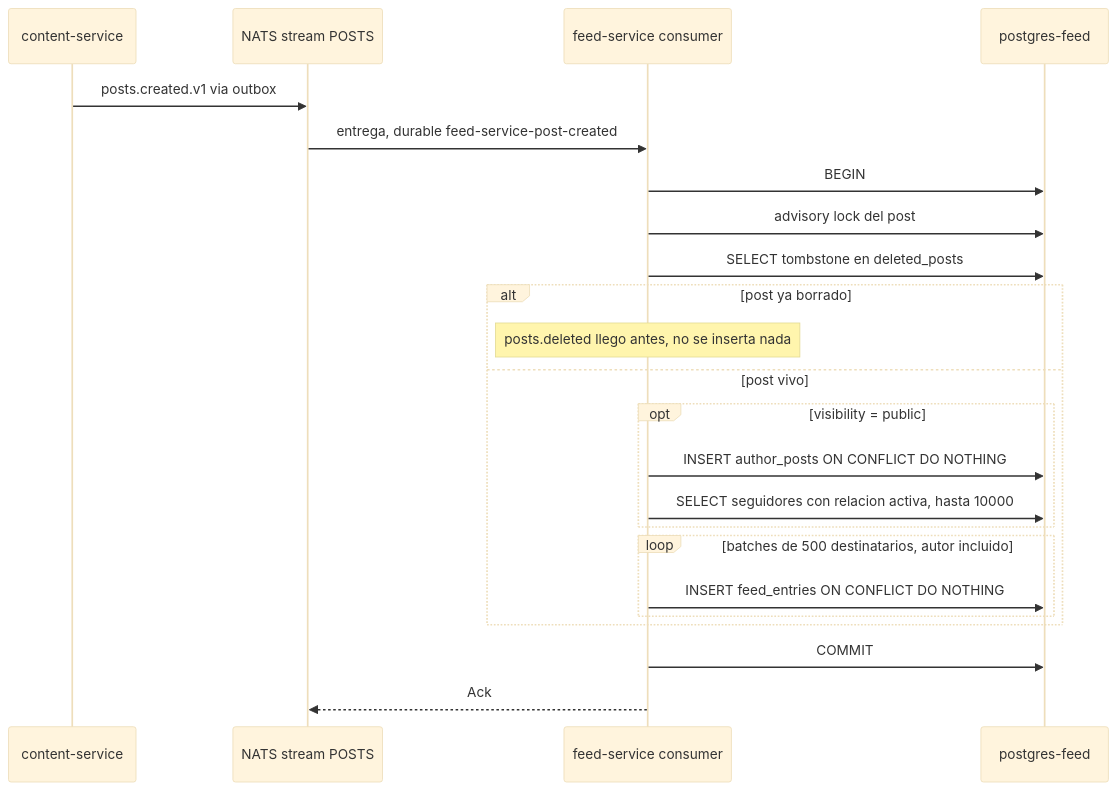
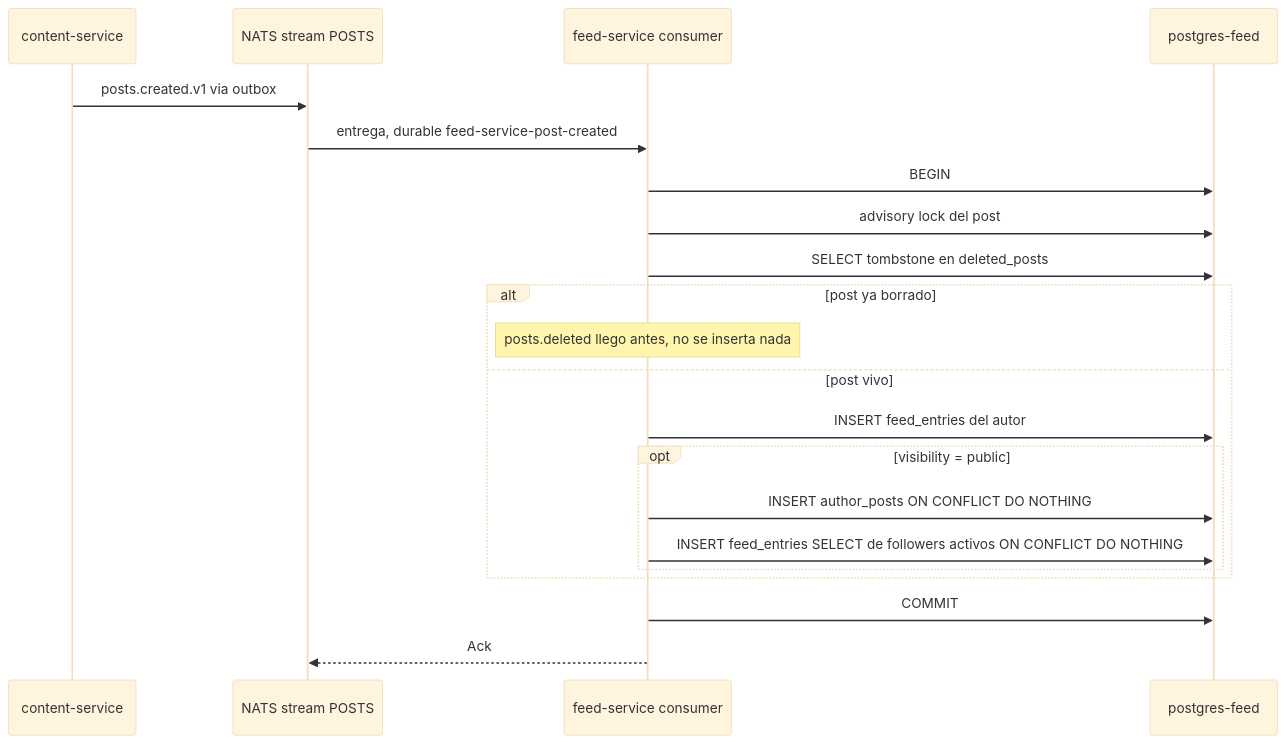
The second of 4 diagrams in docs/technical/FEED.md (juantevez/go-feed), drawn with Mermaid (base theme) before and after one commit. The commit also changed other lines of this file and 6 other files, not shown here.

````diff
--- a/docs/technical/FEED.md
+++ b/docs/technical/FEED.md
@@ -194,26 +194,24 @@
 ```mermaid
 sequenceDiagram
     participant CS as content-service
     participant JS as NATS stream POSTS
     participant K as feed-service consumer
     participant DB as postgres-feed
 
     CS->>JS: posts.created.v1 via outbox
     JS->>K: entrega, durable feed-service-post-created
     K->>DB: BEGIN
     K->>DB: advisory lock del post
     K->>DB: SELECT tombstone en deleted_posts
     alt post ya borrado
         Note over K: posts.deleted llego antes, no se inserta nada
     else post vivo
+        K->>DB: INSERT feed_entries del autor
         opt visibility = public
             K->>DB: INSERT author_posts ON CONFLICT DO NOTHING
-            K->>DB: SELECT seguidores con relacion activa, hasta 10000
-        end
-        loop batches de 500 destinatarios, autor incluido
-            K->>DB: INSERT feed_entries ON CONFLICT DO NOTHING
+            K->>DB: INSERT feed_entries SELECT de followers activos ON CONFLICT DO NOTHING
         end
     end
     K->>DB: COMMIT
     K-->>JS: Ack
 ```
````
